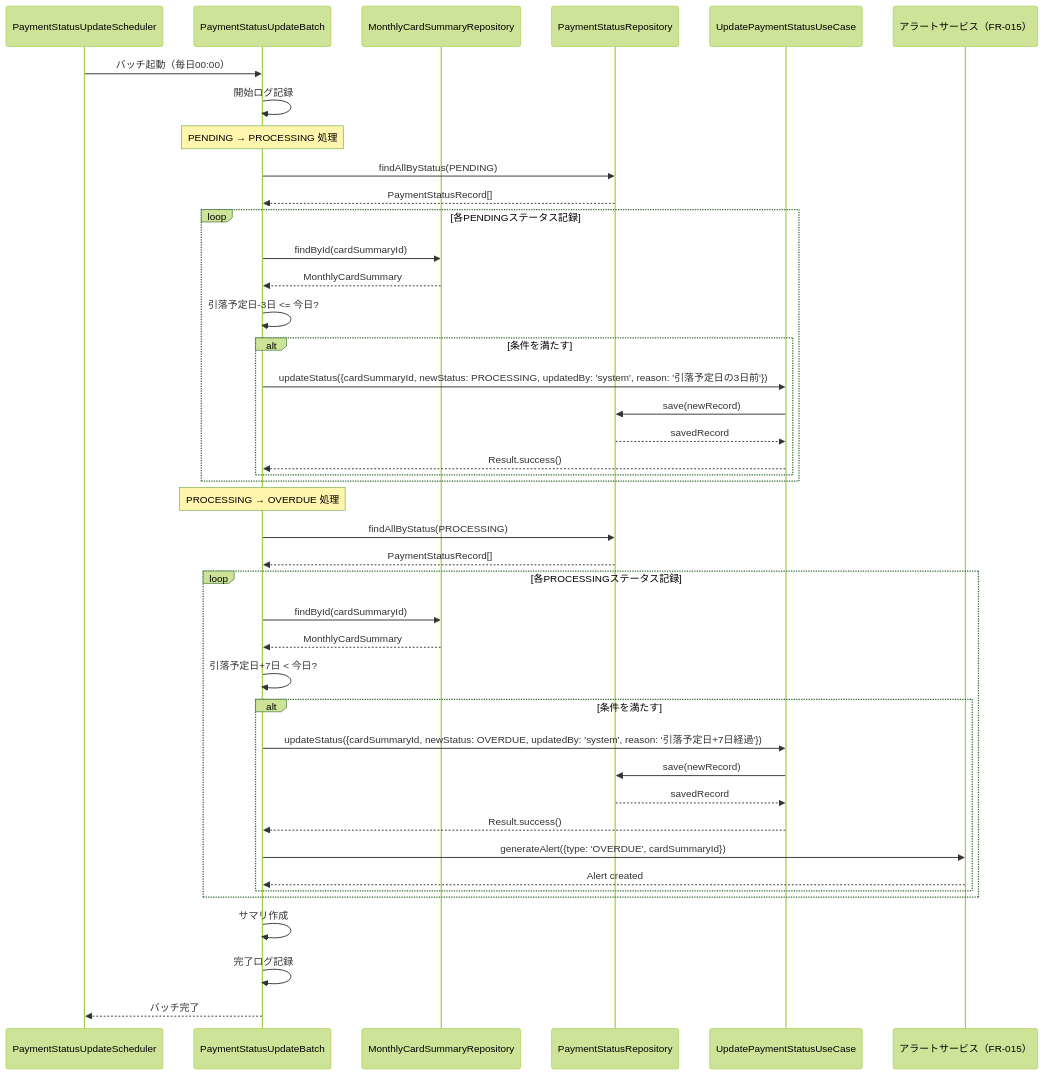
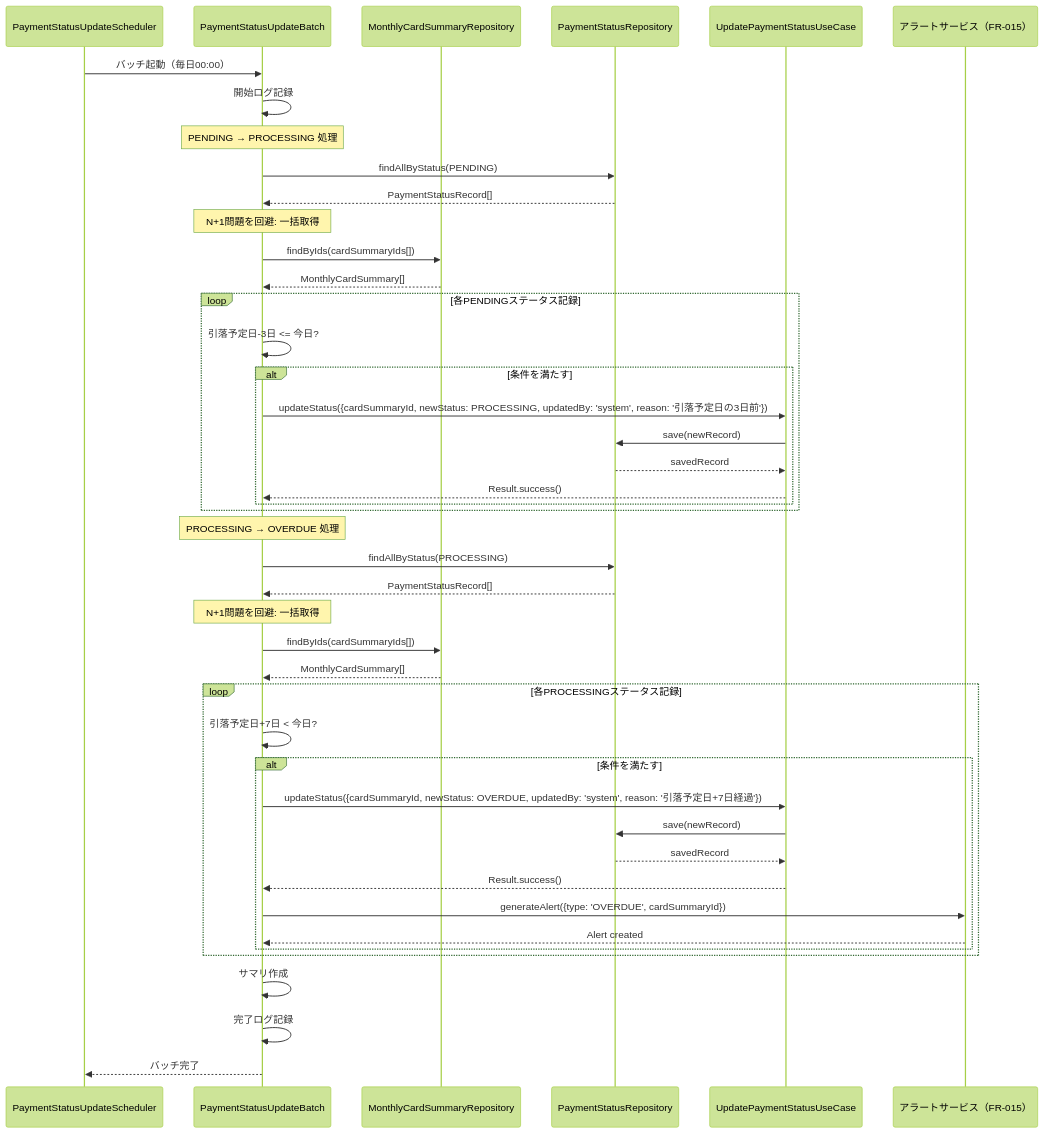
The second of 2 diagrams in docs/detailed-design/FR-014_payment-status-management/batch-processing.md (kencom2400/account-book), drawn with Mermaid (forest theme) before and after one commit. The commit also changed other lines of this file and 7 other files, not shown here.

````diff
--- a/docs/detailed-design/FR-014_payment-status-management/batch-processing.md
+++ b/docs/detailed-design/FR-014_payment-status-management/batch-processing.md
@@ -87,58 +87,60 @@
 ```mermaid
 sequenceDiagram
     participant Scheduler as PaymentStatusUpdateScheduler
     participant Batch as PaymentStatusUpdateBatch
     participant SummaryRepo as MonthlyCardSummaryRepository
     participant StatusRepo as PaymentStatusRepository
     participant UseCase as UpdatePaymentStatusUseCase
     participant Alert as アラートサービス（FR-015）
 
     Scheduler->>Batch: バッチ起動（毎日00:00）
     Batch->>Batch: 開始ログ記録
 
     Note over Batch: PENDING → PROCESSING 処理
 
     Batch->>StatusRepo: findAllByStatus(PENDING)
     StatusRepo-->>Batch: PaymentStatusRecord[]
 
+    Note over Batch: N+1問題を回避: 一括取得
+    Batch->>SummaryRepo: findByIds(cardSummaryIds[])
+    SummaryRepo-->>Batch: MonthlyCardSummary[]
+
     loop 各PENDINGステータス記録
-        Batch->>SummaryRepo: findById(cardSummaryId)
-        SummaryRepo-->>Batch: MonthlyCardSummary
-
         Batch->>Batch: 引落予定日-3日 <= 今日?
 
         alt 条件を満たす
             Batch->>UseCase: updateStatus({cardSummaryId, newStatus: PROCESSING, updatedBy: 'system', reason: '引落予定日の3日前'})
             UseCase->>StatusRepo: save(newRecord)
             StatusRepo-->>UseCase: savedRecord
             UseCase-->>Batch: Result.success()
         end
     end
 
     Note over Batch: PROCESSING → OVERDUE 処理
 
     Batch->>StatusRepo: findAllByStatus(PROCESSING)
     StatusRepo-->>Batch: PaymentStatusRecord[]
 
+    Note over Batch: N+1問題を回避: 一括取得
+    Batch->>SummaryRepo: findByIds(cardSummaryIds[])
+    SummaryRepo-->>Batch: MonthlyCardSummary[]
+
     loop 各PROCESSINGステータス記録
-        Batch->>SummaryRepo: findById(cardSummaryId)
-        SummaryRepo-->>Batch: MonthlyCardSummary
-
         Batch->>Batch: 引落予定日+7日 < 今日?
 
         alt 条件を満たす
             Batch->>UseCase: updateStatus({cardSummaryId, newStatus: OVERDUE, updatedBy: 'system', reason: '引落予定日+7日経過'})
             UseCase->>StatusRepo: save(newRecord)
             StatusRepo-->>UseCase: savedRecord
             UseCase-->>Batch: Result.success()
 
             Batch->>Alert: generateAlert({type: 'OVERDUE', cardSummaryId})
             Alert-->>Batch: Alert created
         end
     end
 
     Batch->>Batch: サマリ作成
     Batch->>Batch: 完了ログ記録
 
     Batch-->>Scheduler: バッチ完了
 ```
````
